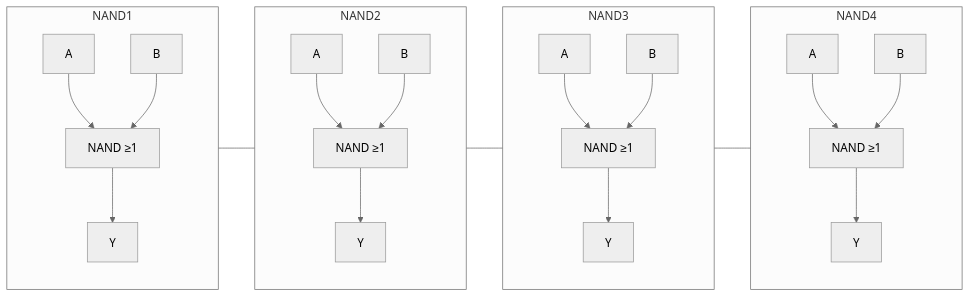
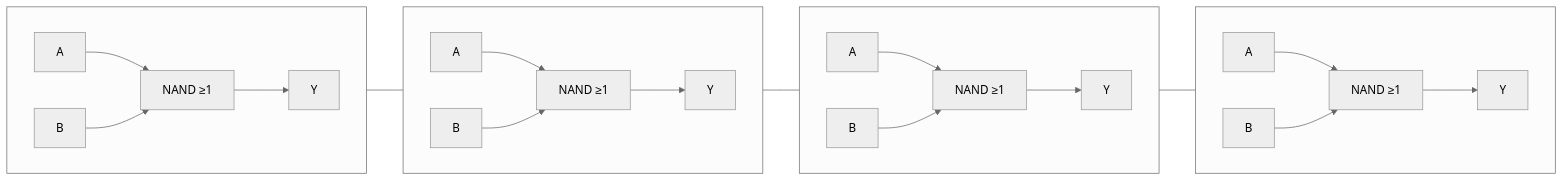
One commit to setrar/microelectronics changed the first of 2 diagrams in Components/discrete/Transistors/kit/HomeDepot/BlockDiagrams/README.md. Above: the diagram before and after it, drawn with Mermaid (neutral theme).

Commit message:
Refactor NAND gate subgraphs in README
Updated the subgraph definitions for NAND gates in the README.

````diff
--- a/Components/discrete/Transistors/kit/HomeDepot/BlockDiagrams/README.md
+++ b/Components/discrete/Transistors/kit/HomeDepot/BlockDiagrams/README.md
@@ -12,29 +12,33 @@
 ```mermaid
 graph LR
-    subgraph NAND1
+    subgraph NAND1 [ ]
+        direction LR
         A1[A] --> N1[NAND ≥1]
         B1[B] --> N1
         N1 --> Y1[Y]
     end
 
-    subgraph NAND2
+    subgraph NAND2 [ ]
+        direction LR
         A2[A] --> N2[NAND ≥1]
         B2[B] --> N2
         N2 --> Y2[Y]
     end
 
-    subgraph NAND3
+    subgraph NAND3 [ ]
+        direction LR
         A3[A] --> N3[NAND ≥1]
         B3[B] --> N3
         N3 --> Y3[Y]
     end
 
-    subgraph NAND4
+    subgraph NAND4 [ ]
+        direction LR
         A4[A] --> N4[NAND ≥1]
         B4[B] --> N4
         N4 --> Y4[Y]
     end
 
-    %% Force horizontal layout of subgraphs
+    %% Arrange subgraphs horizontally
     NAND1 --- NAND2 --- NAND3 --- NAND4
 ```
````
